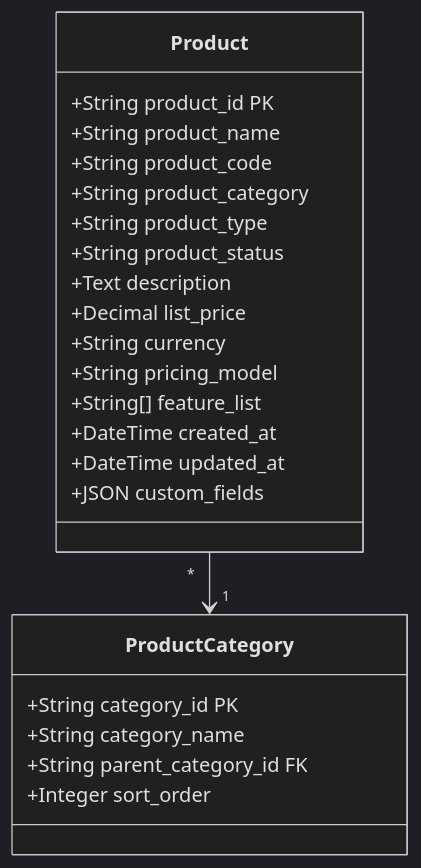
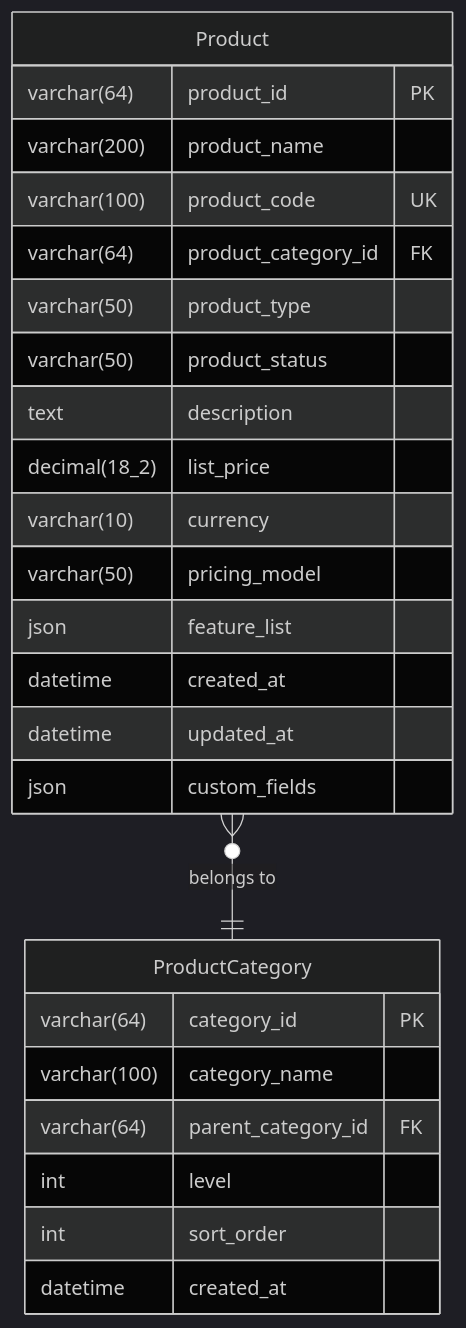
One commit to 312268112/advanced-java changed the tenth of 26 diagrams in docs/b2b-cdp-entity-design.md. Above: the diagram before and after it, drawn with Mermaid (dark theme). The commit also changed other lines of this file, not shown here.

````diff
--- a/docs/b2b-cdp-entity-design.md
+++ b/docs/b2b-cdp-entity-design.md
@@ -534,28 +631,30 @@
 ```mermaid
-classDiagram
-    class Product {
-        +String product_id PK
-        +String product_name
-        +String product_code
-        +String product_category
-        +String product_type
-        +String product_status
-        +Text description
-        +Decimal list_price
-        +String currency
-        +String pricing_model
-        +String[] feature_list
-        +DateTime created_at
-        +DateTime updated_at
-        +JSON custom_fields
+erDiagram
+    Product }o--|| ProductCategory : "belongs to"
+    
+    Product {
+        varchar(64) product_id PK
+        varchar(200) product_name
+        varchar(100) product_code UK
+        varchar(64) product_category_id FK
+        varchar(50) product_type
+        varchar(50) product_status
+        text description
+        decimal(18_2) list_price
+        varchar(10) currency
+        varchar(50) pricing_model
+        json feature_list
+        datetime created_at
+        datetime updated_at
+        json custom_fields
     }
     
-    class ProductCategory {
-        +String category_id PK
-        +String category_name
-        +String parent_category_id FK
-        +Integer sort_order
+    ProductCategory {
+        varchar(64) category_id PK
+        varchar(100) category_name
+        varchar(64) parent_category_id FK
+        int level
+        int sort_order
+        datetime created_at
     }
-    
-    Product "*" --> "1" ProductCategory
 ```
````
